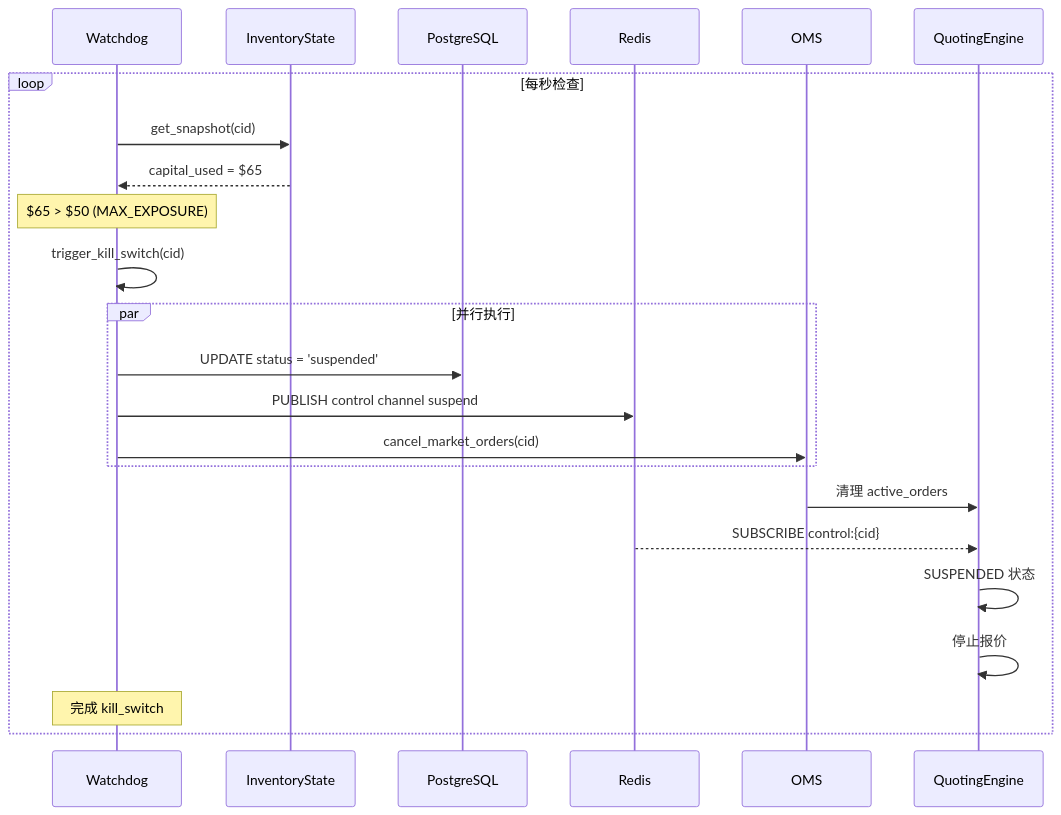
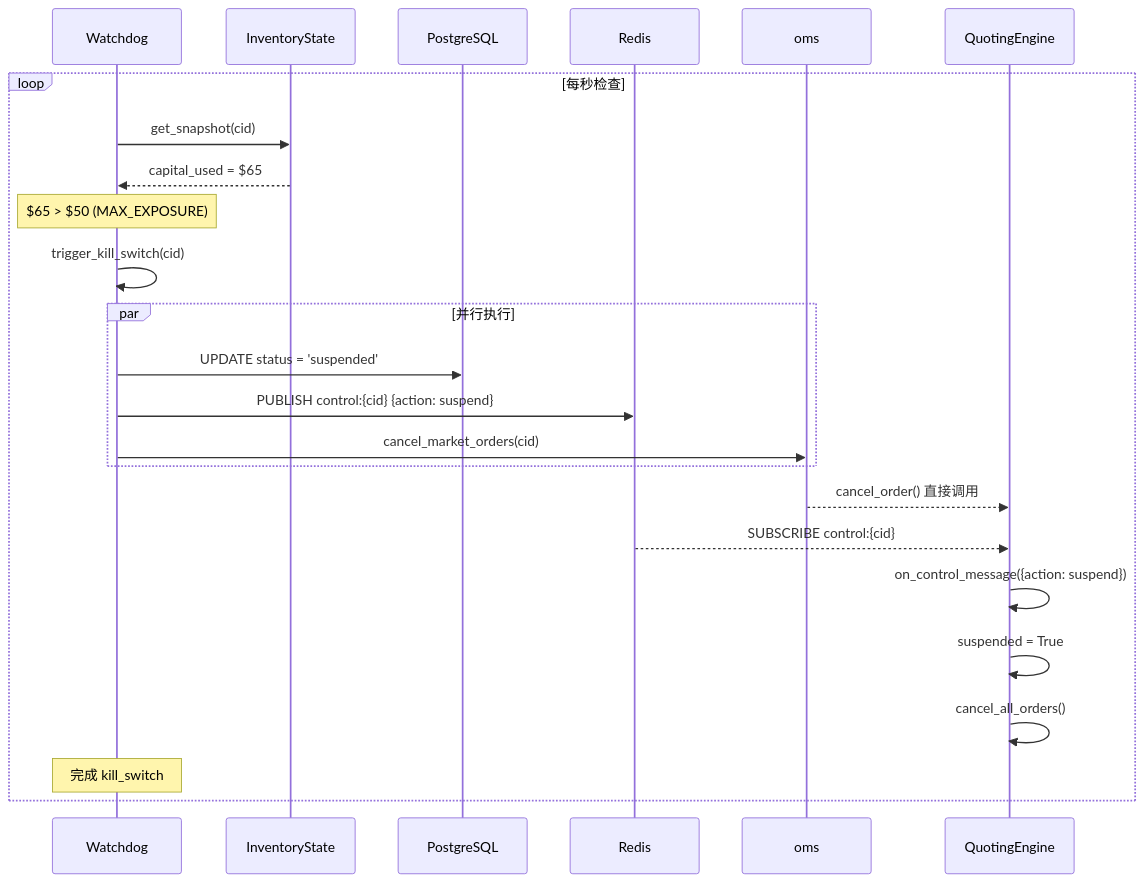
One commit to liu-kaining/PolyMatrixEngine changed the second of 3 diagrams in spec/architecture_diagrams/07_risk_control_layers.md. Above: the diagram before and after it, drawn with Mermaid. The commit also changed other lines of this file and 11 other files, not shown here.

````diff
--- a/spec/architecture_diagrams/07_risk_control_layers.md
+++ b/spec/architecture_diagrams/07_risk_control_layers.md
@@ -96,38 +108,39 @@
 ```mermaid
 %%{init: {'theme': 'base', 'themeVariables': {
   'primaryColor': '#1e3a5f',
   'primaryTextColor': '#ffffff',
   'primaryBorderColor': '#334155',
   'lineColor': '#64748b'
 }}%%
 sequenceDiagram
     participant WD as Watchdog
     participant Inv as InventoryState
     participant DB as PostgreSQL
     participant Redis as Redis
-    participant OMS as OMS
+    participant OMS as oms
     participant QE as QuotingEngine
 
     loop 每秒检查
         WD->>Inv: get_snapshot(cid)
         Inv-->>WD: capital_used = $65
 
         Note over WD: $65 > $50 (MAX_EXPOSURE)
 
         WD->>WD: trigger_kill_switch(cid)
 
         par 并行执行
             WD->>DB: UPDATE status = 'suspended'
-            WD->>Redis: PUBLISH control channel suspend
+            WD->>Redis: PUBLISH control:{cid} {action: suspend}
             WD->>OMS: cancel_market_orders(cid)
         end
 
-        OMS->>QE: 清理 active_orders
+        OMS-->>QE: cancel_order() 直接调用
 
         Redis-->>QE: SUBSCRIBE control:{cid}
-        QE->>QE: SUSPENDED 状态
-        QE->>QE: 停止报价
+        QE->>QE: on_control_message({action: suspend})
+        QE->>QE: suspended = True
+        QE->>QE: cancel_all_orders()
 
         Note over WD: 完成 kill_switch
     end
 ```
````
